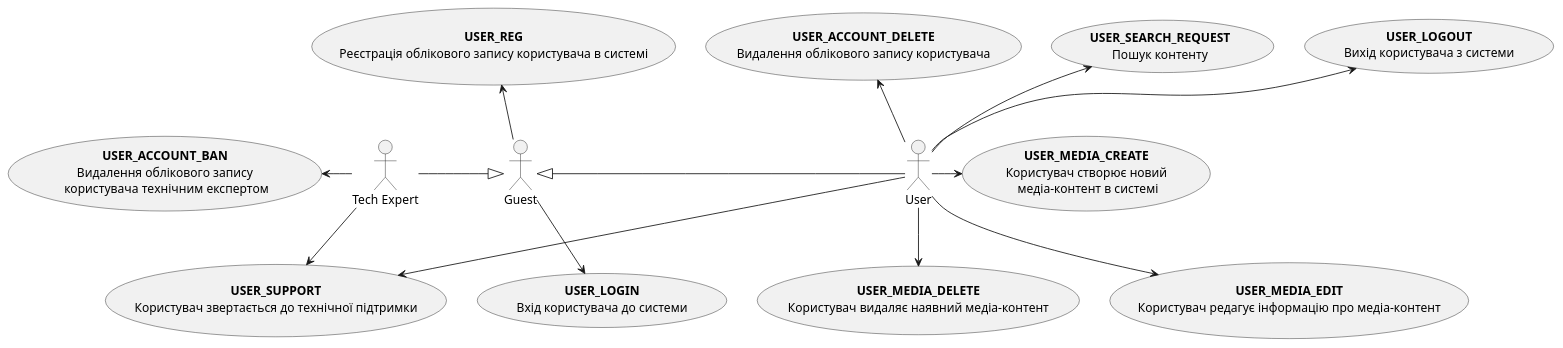
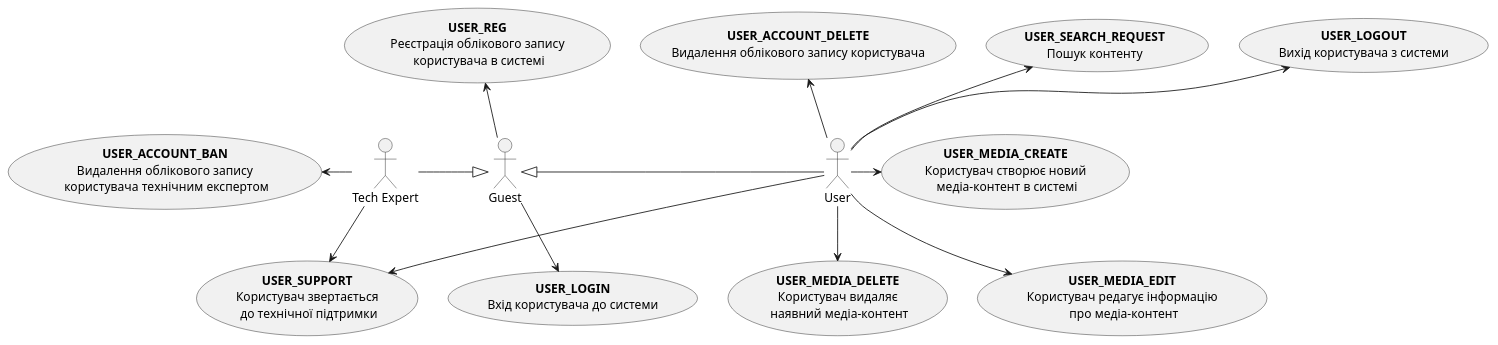
The first of 14 diagrams in docs/use_cases.md (zhkcll/lab6), drawn with PlantUML before and after one commit. The commit also changed other lines of this file, not shown here.

````diff
--- a/docs/use_cases.md
+++ b/docs/use_cases.md
@@ -7,36 +7,36 @@
 ```plantuml
 @startuml
 
     actor "Guest" as Guest
     actor "User" as User
     actor "Tech Expert" as Expert
 
     usecase "<b>USER_LOGIN</b>\nВхід користувача до системи" as UC_1
-    usecase "<b>USER_REG</b>\nРеєстрація облікового запису користувача в системі" as UC_2
+    usecase "<b>USER_REG</b>\nРеєстрація облікового запису\n користувача в системі" as UC_2
     usecase "<b>USER_LOGOUT</b>\nВихід користувача з системи" as UC_3
     usecase "<b>USER_SEARCH_REQUEST</b>\nПошук контенту" as UC_4
     usecase "<b>USER_ACCOUNT_DELETE</b>\nВидалення облікового запису користувача" as UC_5
     usecase "<b>USER_MEDIA_CREATE</b>\nКористувач створює новий\n медіа-контент в системі" as UC_6
-    usecase "<b>USER_MEDIA_DELETE</b>\nКористувач видаляє наявний медіа-контент" as UC_7
-    usecase "<b>USER_MEDIA_EDIT</b>\nКористувач редагує інформацію про медіа-контент" as UC_8
-    usecase "<b>USER_SUPPORT</b>\nКористувач звертається до технічної підтримки" as UC_9
+    usecase "<b>USER_MEDIA_DELETE</b>\nКористувач видаляє\n наявний медіа-контент" as UC_7
+    usecase "<b>USER_MEDIA_EDIT</b>\nКористувач редагує інформацію\n про медіа-контент" as UC_8
+    usecase "<b>USER_SUPPORT</b>\nКористувач звертається\n до технічної підтримки" as UC_9
     usecase "<b>USER_ACCOUNT_BAN</b>\nВидалення облікового запису\n користувача технічним експертом" as UC_10
 
     User -l-|> Guest
     Expert -r-|> Guest
 
     Guest -d-> UC_1
     Guest -u-> UC_2
 
     User -u-> UC_3
     User -u-> UC_4
     User -u-> UC_5
     User -r-> UC_6
     User -d-> UC_7
     User -d-> UC_8
     User -d-> UC_9
 
     Expert -d-> UC_9
     Expert -l-> UC_10
 @enduml
 ```
````
